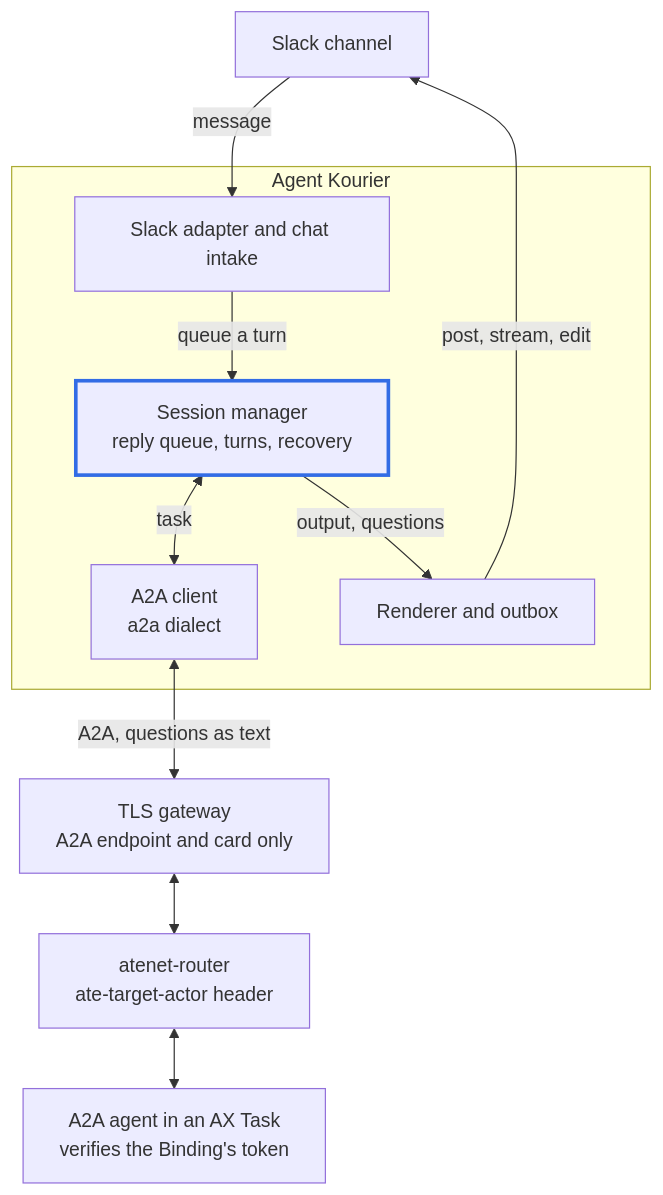
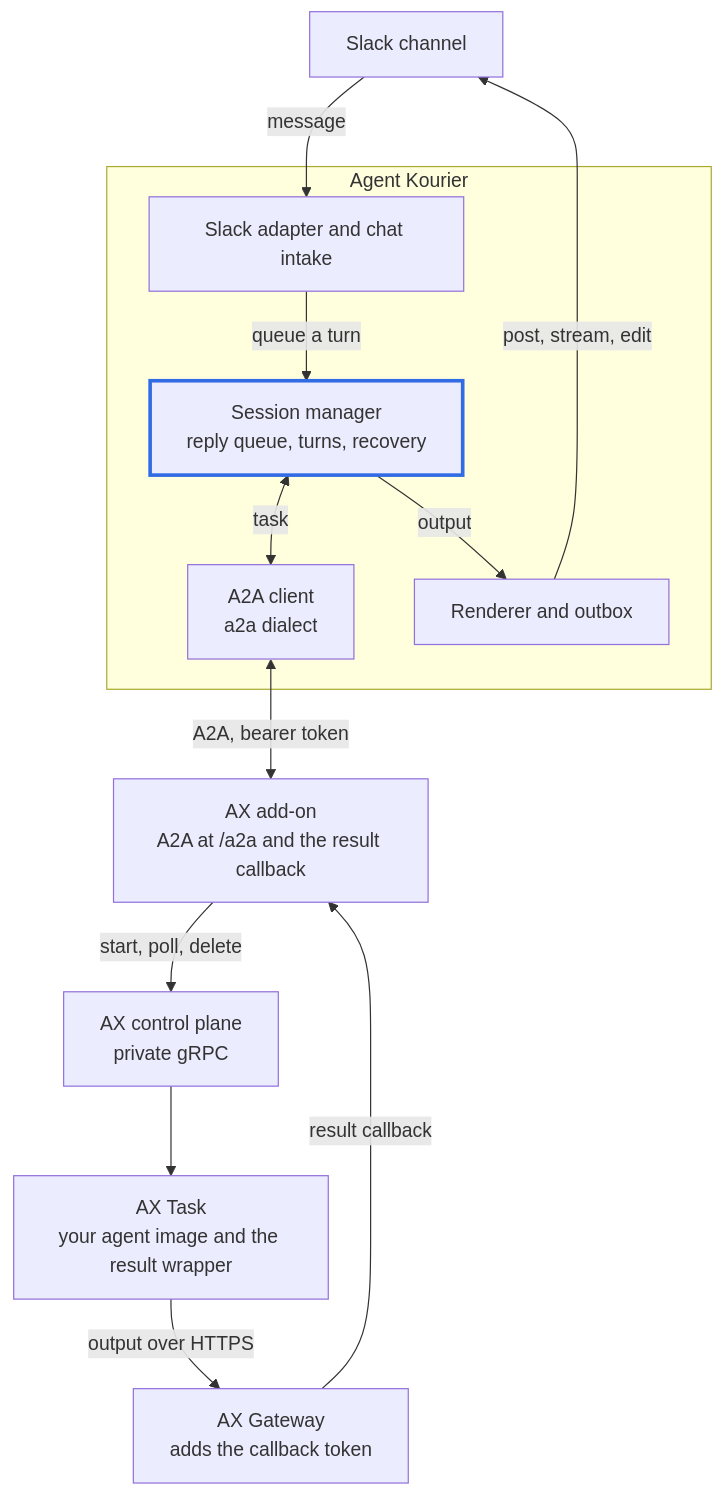
The third of 6 diagrams in docs/explanation/architecture.md (agentkourier/agent-kourier), drawn with Mermaid before and after one commit. The commit also changed other lines of this file and 10 other files, not shown here.

Commit message:
docs: redraw the AX path as the Task launcher and say the wrapper reports the result

````diff
--- a/docs/explanation/architecture.md
+++ b/docs/explanation/architecture.md
@@ -68,25 +70,28 @@
 ```mermaid
 flowchart TB
     Slack["Slack channel"]
     subgraph AK["Agent Kourier"]
         Intake["Slack adapter and chat intake"]
         Session["Session manager<br/>reply queue, turns, recovery"]
         Client["A2A client<br/>a2a dialect"]
         Render["Renderer and outbox"]
     end
-    Gateway["TLS gateway<br/>A2A endpoint and card only"]
-    Router["atenet-router<br/>ate-target-actor header"]
-    Agent["A2A agent in an AX Task<br/>verifies the Binding's token"]
+    Launcher["AX add-on<br/>A2A at /a2a and the result callback"]
+    Control["AX control plane<br/>private gRPC"]
+    Task["AX Task<br/>your agent image and the result wrapper"]
+    Gateway["AX Gateway<br/>adds the callback token"]
 
     Slack -->|message| Intake
     Intake -->|queue a turn| Session
     Session <-->|task| Client
-    Client <-->|A2A, questions as text| Gateway
-    Gateway <--> Router
-    Router <--> Agent
-    Session -->|output, questions| Render
+    Client <-->|A2A, bearer token| Launcher
+    Launcher -->|start, poll, delete| Control
+    Control --> Task
+    Task -->|output over HTTPS| Gateway
+    Gateway -->|result callback| Launcher
+    Session -->|output| Render
     Render -->|post, stream, edit| Slack
 
     classDef core stroke:#326CE5,stroke-width:3px
     class Session core
 ```
````
